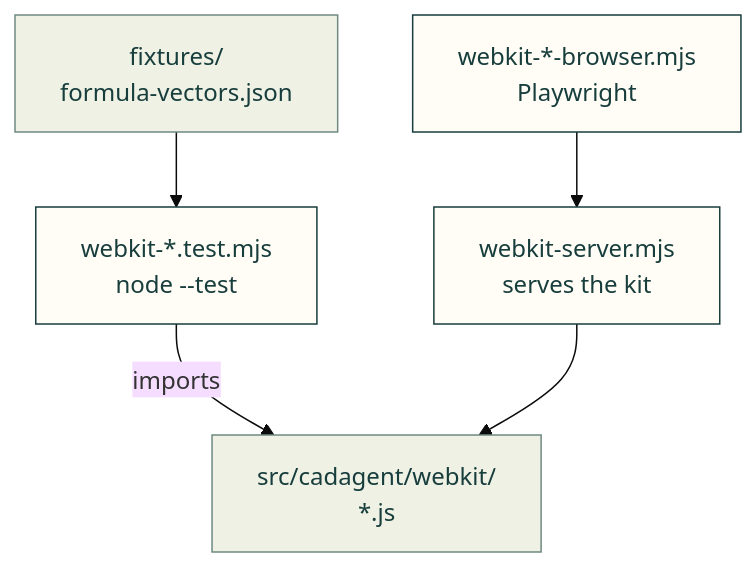
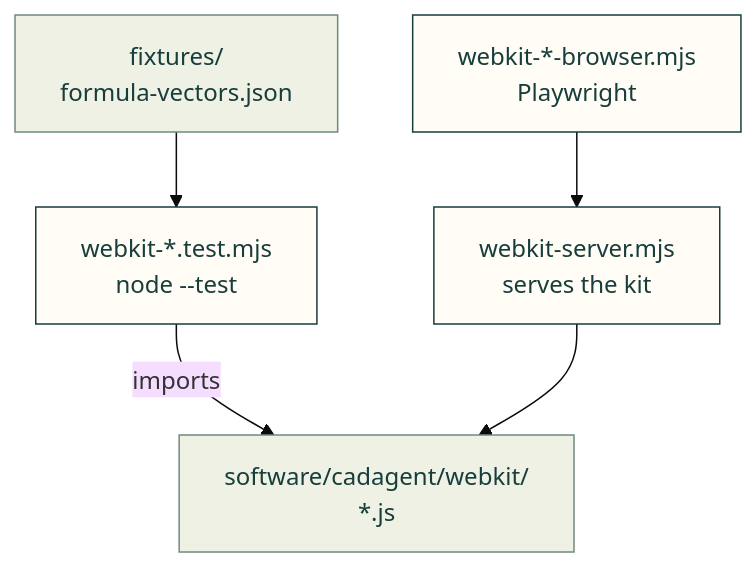
One commit to Valpatel/cad-agent changed the diagram in tests/webkit/README.md. Above: the diagram before and after it, drawn with Mermaid (base theme). The commit also changed other lines of this file and 5109 other files, not shown here.

````diff
--- a/tests/webkit/README.md
+++ b/tests/webkit/README.md
@@ -9,12 +9,12 @@
 ```mermaid
 flowchart TD
-    U["webkit-*.test.mjs<br/>node --test"] -->|"imports"| K["src/cadagent/webkit/<br/>*.js"]
+    U["webkit-*.test.mjs<br/>node --test"] -->|"imports"| K["software/cadagent/webkit/<br/>*.js"]
     B["webkit-*-browser.mjs<br/>Playwright"] --> S["webkit-server.mjs<br/>serves the kit"]
     S --> K
     V["fixtures/<br/>formula-vectors.json"] --> U
     classDef here fill:#fffdf5,stroke:#173d3c,color:#173d3c
     classDef near fill:#eef1e4,stroke:#6f8a80,color:#173d3c
     classDef out fill:#ffe1cc,stroke:#bd3a12,color:#173d3c
     class U,B,S here
     class K,V near
 ```
````
